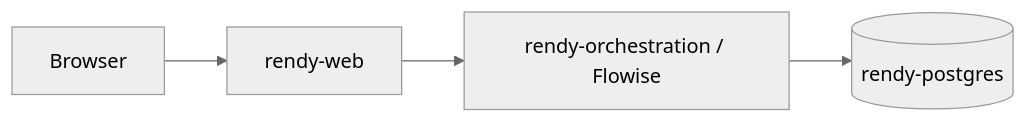
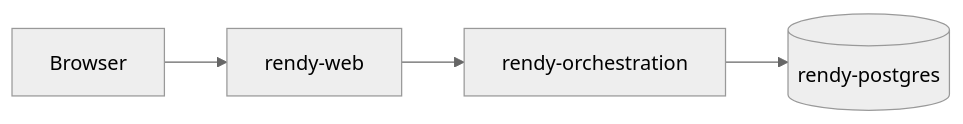
One commit to denchanca/rendy changed the diagram in README.md. Above: the diagram before and after it, drawn with Mermaid (neutral theme).

Commit message:
Fixed mermaid diagram

````diff
--- a/README.md
+++ b/README.md
@@ -28,6 +28,6 @@
 ```mermaid
 graph LR
     A[Browser] --> B[rendy-web]
-    B --> C[rendy-orchestration / Flowise]
+    B --> C[rendy-orchestration]
     C --> D[(rendy-postgres)]
 ```
````
